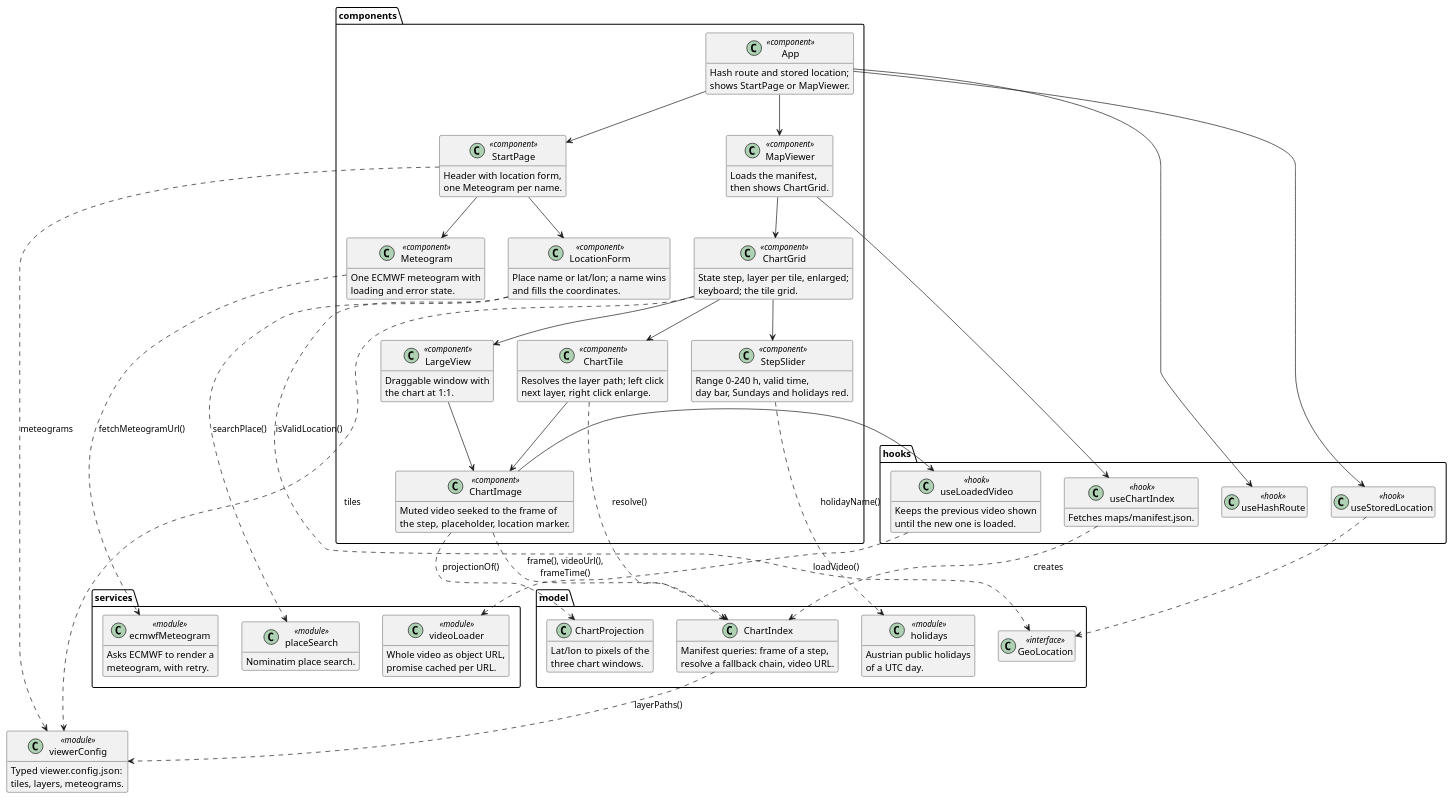
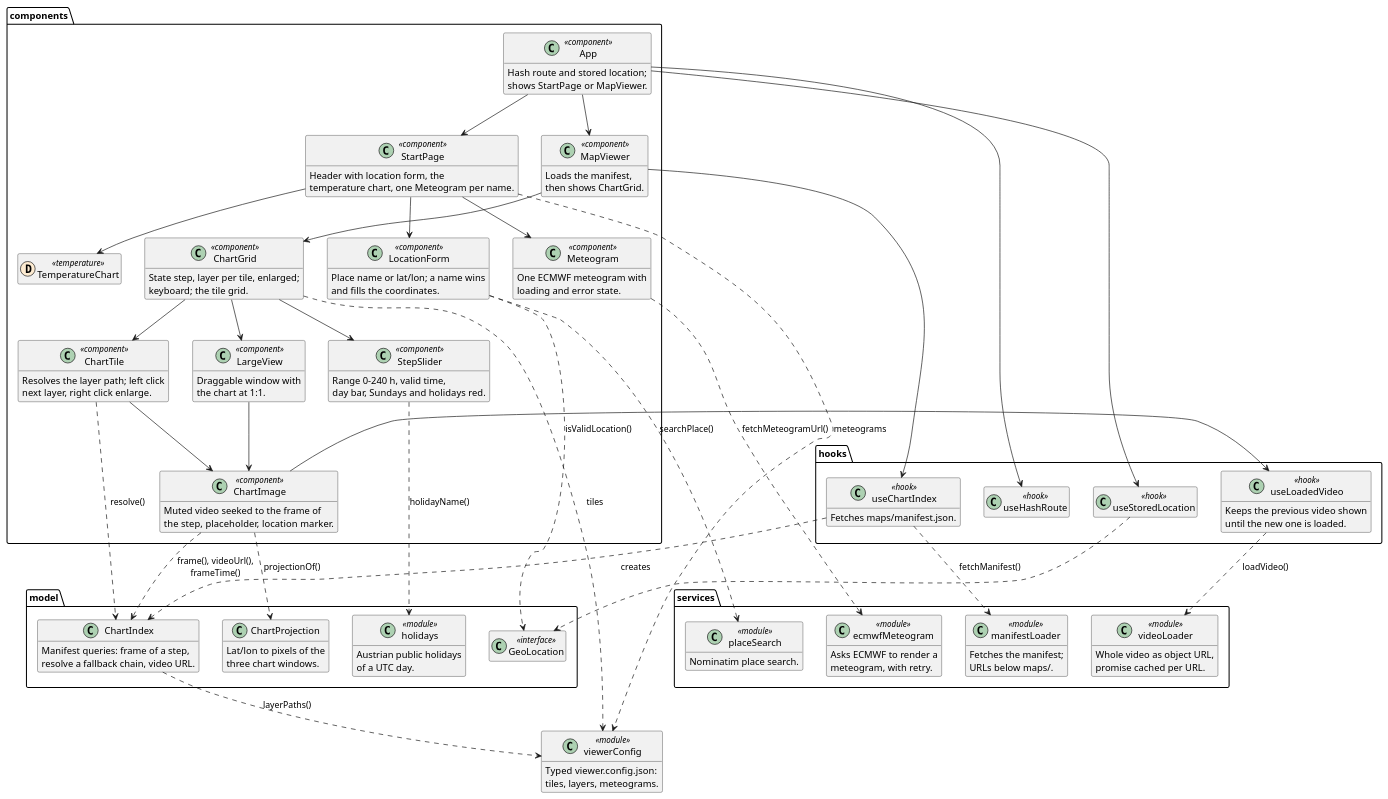
Before and after one commit to schletz/wetterkartenviewer: the first of 2 diagrams in REFERENCE.webapp.md, drawn with PlantUML. The commit also changed other lines of this file and 23 other files, not shown here.

First line of the commit message:
Add temperature diagram for Austria to the start page

```diff
--- a/REFERENCE.webapp.md
+++ b/REFERENCE.webapp.md
@@ -38,9 +38,10 @@
  shows StartPage or MapViewer.
  }
  class StartPage <<component>> {
- Header with location form,
- one Meteogram per name.
+ Header with location form, the
+ temperature chart, one Meteogram per name.
  }
+ class TemperatureChart << (D,#fdebd1) temperature >>
  class LocationForm <<component>> {
  Place name or lat/lon; a name wins
  and fills the coordinates.
@@ -112,6 +113,10 @@
  Whole video as object URL,
  promise cached per URL.
  }
+ class manifestLoader <<module>> {
+ Fetches the manifest;
+ URLs below maps/.
+ }
 }
 class viewerConfig <<module>> {
  Typed viewer.config.json:
@@ -123,6 +128,7 @@
 App --> MapViewer
 StartPage --> LocationForm
 StartPage --> Meteogram
+StartPage --> TemperatureChart
 StartPage ..> viewerConfig : meteograms
 LocationForm ..> placeSearch : searchPlace()
 LocationForm ..> GeoLocation : isValidLocation()
@@ -130,6 +136,7 @@
 MapViewer --> useChartIndex
 MapViewer --> ChartGrid
 useChartIndex ..> ChartIndex : creates
+useChartIndex ..> manifestLoader : fetchManifest()
 ChartGrid ..> viewerConfig : tiles
 ChartGrid --> StepSlider
 ChartGrid --> ChartTile
```
